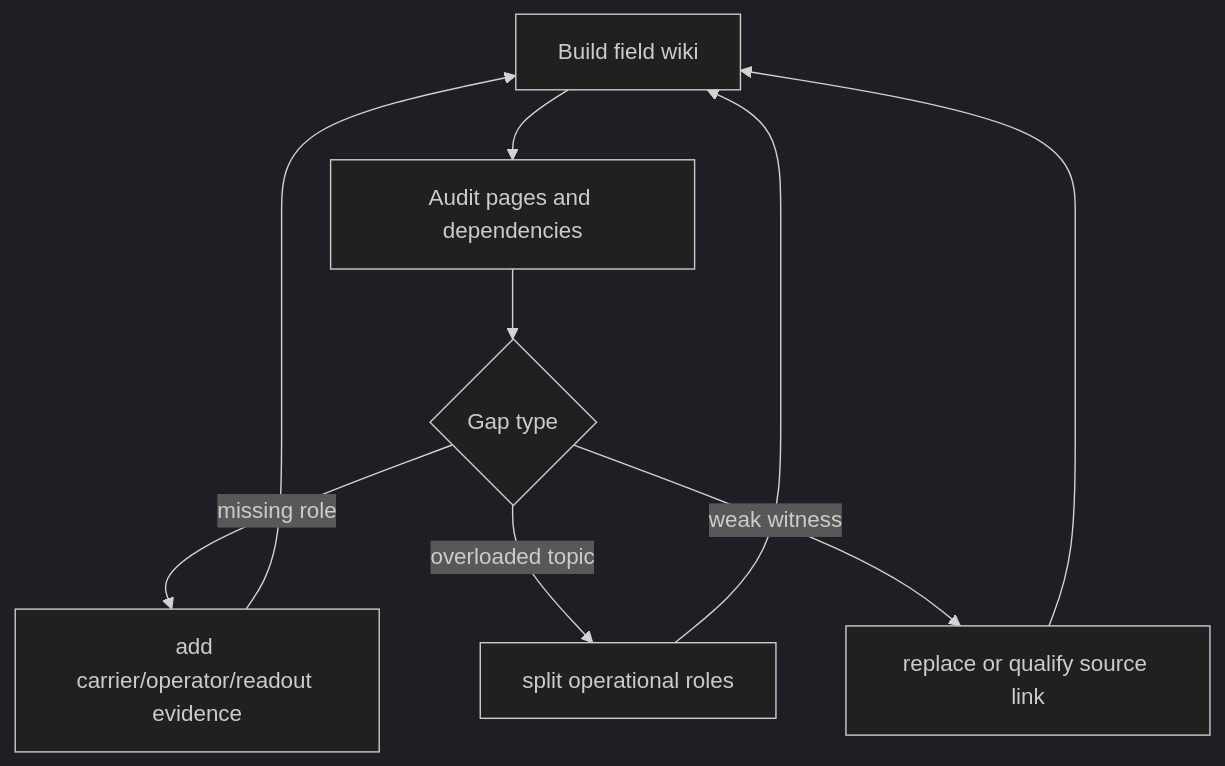
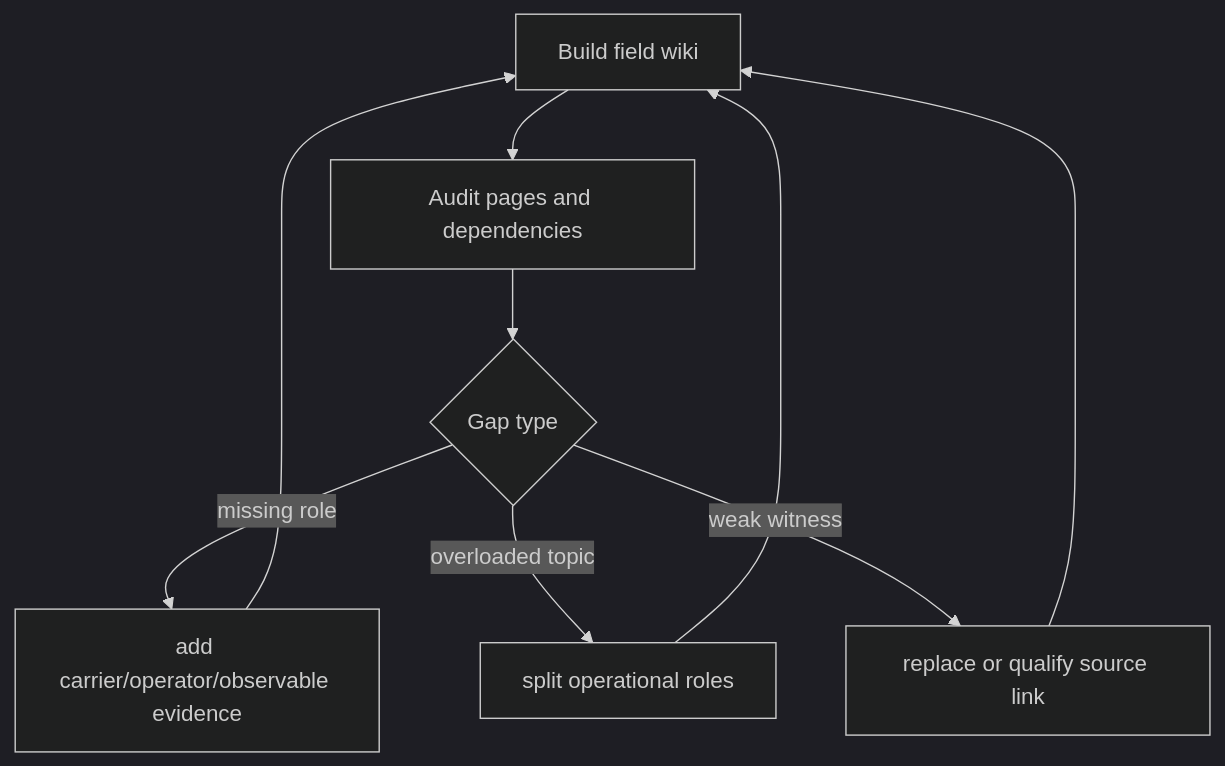
One commit to synthetix-institute/morphwiki changed the diagram in docs/tutorial/05_build_and_audit.md. Above: the diagram before and after it, drawn with Mermaid (dark theme). The commit also changed other lines of this file and 179 other files, not shown here.

````diff
--- a/docs/tutorial/05_build_and_audit.md
+++ b/docs/tutorial/05_build_and_audit.md
@@ -36,11 +36,11 @@
 ```mermaid
 flowchart TD
     B["Build field wiki"] --> A["Audit pages and dependencies"]
     A --> G{"Gap type"}
-    G -->|"missing role"| R["add carrier/operator/readout evidence"]
+    G -->|"missing role"| R["add carrier/operator/observable evidence"]
     G -->|"overloaded topic"| S["split operational roles"]
     G -->|"weak witness"| W["replace or qualify source link"]
     R --> B
     S --> B
     W --> B
 ```
````
